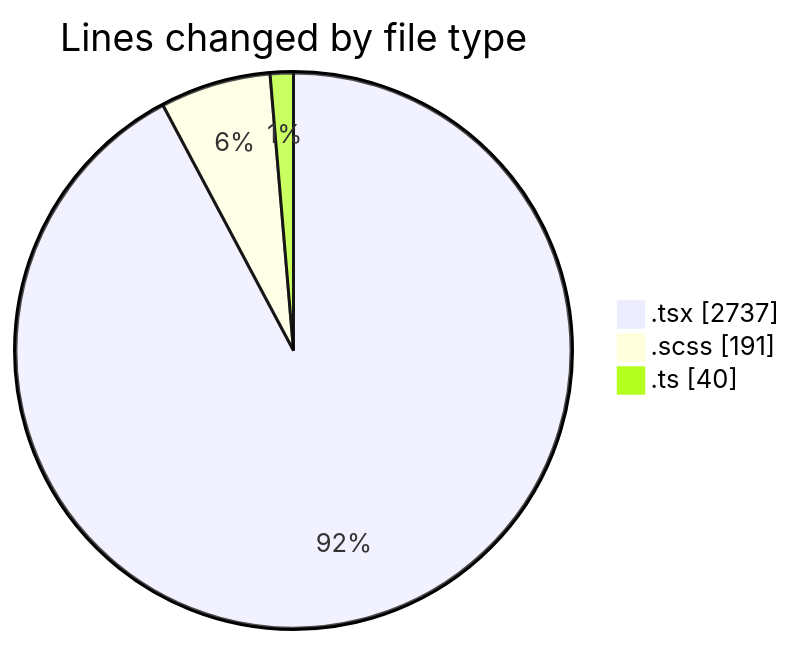
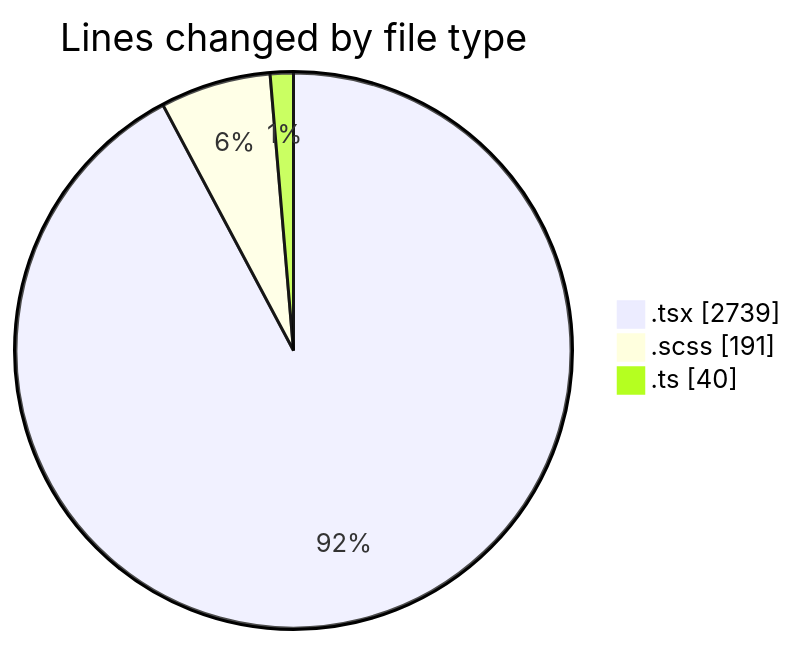
Before and after one commit to momahboobian/code-tracking: the first of 2 diagrams in 2025-04-04/cda/README.md, drawn with Mermaid. The commit also changed other lines of this file and 1 other file, not shown here.

````diff
--- a/2025-04-04/cda/README.md
+++ b/2025-04-04/cda/README.md
@@ -32,7 +32,7 @@
 ```mermaid
 pie showData
 title Lines changed by file type
-".tsx" : 2737
+".tsx" : 2739
 ".scss" : 191
 ".ts" : 40
 ```
````
